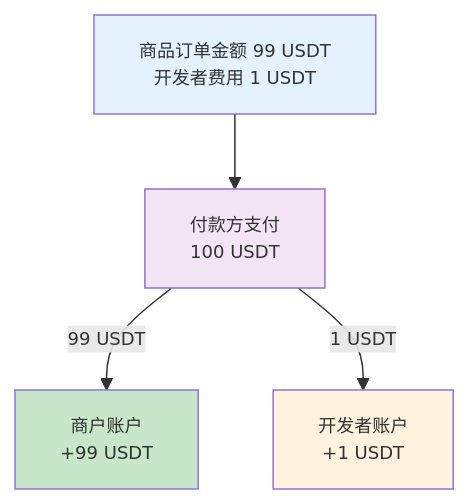
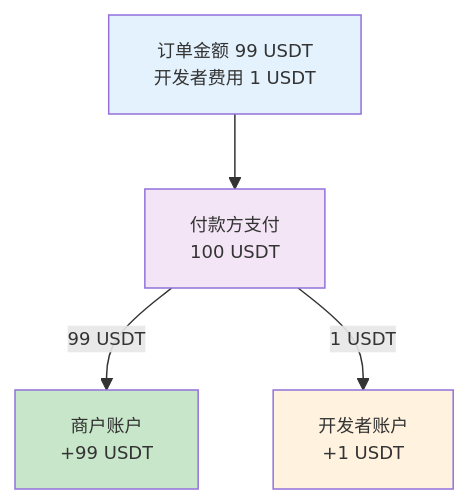
One commit to CoboGlobal/payments-manual changed the third of 5 diagrams in payments/cn/guides/amounts-and-balances.mdx. Above: the diagram before and after it, drawn with Mermaid. The commit also changed other lines of this file and 9 other files, not shown here.

````diff
--- a/payments/cn/guides/amounts-and-balances.mdx
+++ b/payments/cn/guides/amounts-and-balances.mdx
@@ -93,13 +93,13 @@
 ```mermaid
 %%{init: {'themeVariables': { 'fontSize': '12px'}}}%%
 graph TD
-    A[商品订单金额 99 USDT<br/>开发者费用 1 USDT] --> B[付款方支付<br/>100 USDT]
+    A[订单金额 99 USDT<br/>开发者费用 1 USDT] --> B[付款方支付<br/>100 USDT]
     
     B -->|99 USDT| E[商户账户<br/>+99 USDT]
     B -->|1 USDT| F[开发者账户<br/>+1 USDT]
     
     style A fill:#e3f2fd
     style B fill:#f3e5f5
     style E fill:#c8e6c9
     style F fill:#fff3e0
 ```
````
